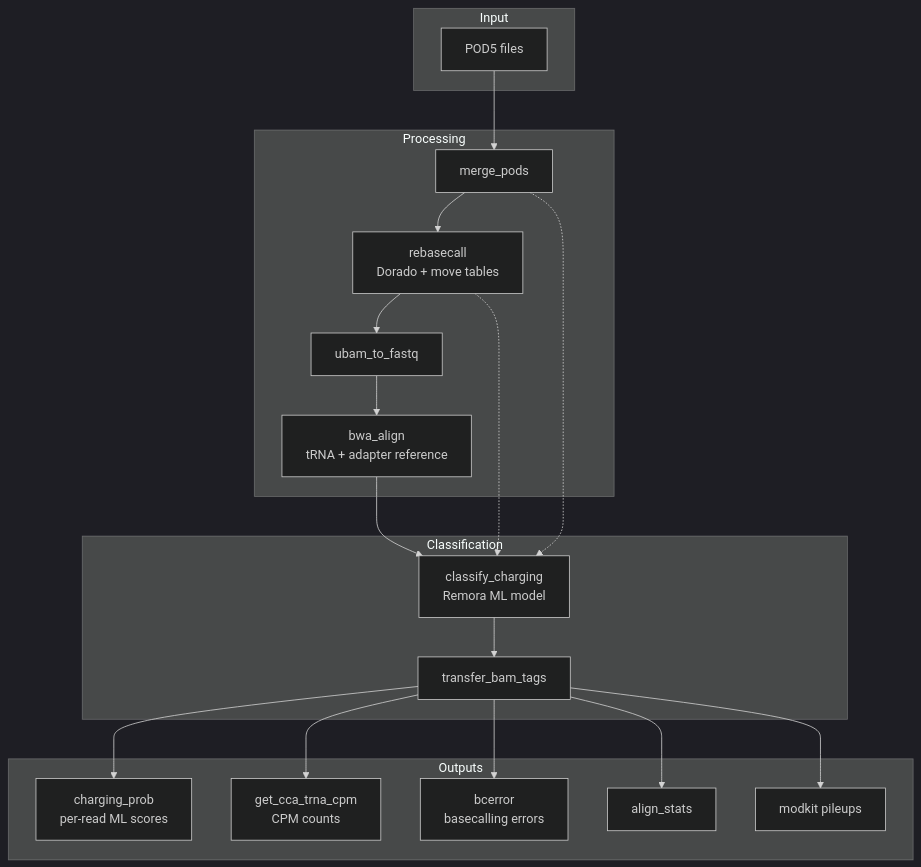
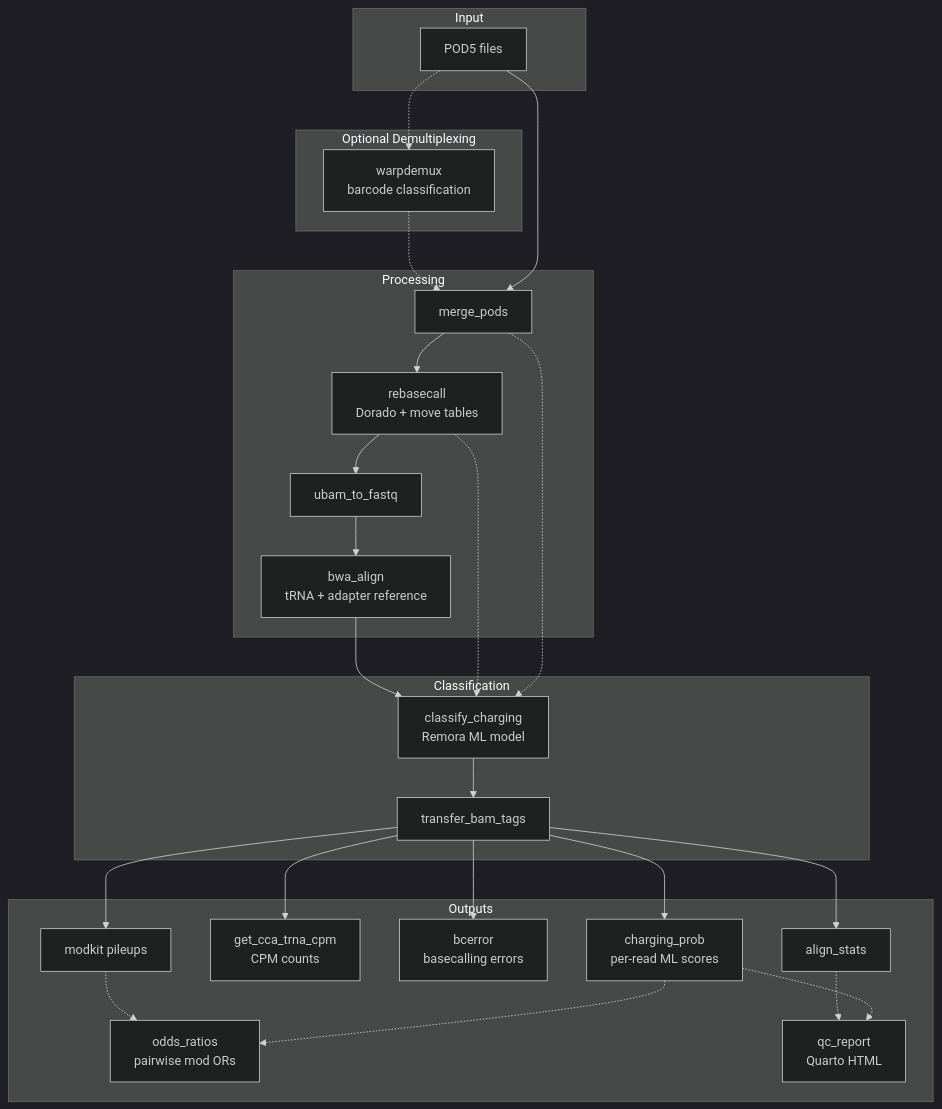
The diagram in docs/index.md (rnabioco/aa-tRNA-seq-pipeline), drawn with Mermaid (dark theme) before and after one commit. The commit also changed 1 other file, not shown here.

Commit message:
docs: sync mermaid pipeline diagrams between README and docs/index
Remove nonexistent filter_reads step from README diagram and add
missing Demux subgraph, odds_ratios, and qc_report nodes to
docs/index.md so both diagrams match.

````diff
--- a/docs/index.md
+++ b/docs/index.md
@@ -12,29 +12,39 @@
 ```mermaid
 flowchart TD
     subgraph Input
         POD5[POD5 files]
+    end
+
+    subgraph Demux [Optional Demultiplexing]
+        W[warpdemux<br/>barcode classification]
     end
 
     subgraph Processing
         A[merge_pods] --> B[rebasecall<br/>Dorado + move tables]
         B --> C[ubam_to_fastq]
         C --> D[bwa_align<br/>tRNA + adapter reference]
     end
 
     subgraph Classification
         D --> F[classify_charging<br/>Remora ML model]
         B -.-> F
         A -.-> F
         F --> G[transfer_bam_tags]
     end
 
     subgraph Outputs
         G --> H[charging_prob<br/>per-read ML scores]
         G --> I[get_cca_trna_cpm<br/>CPM counts]
         G --> J[bcerror<br/>basecalling errors]
         G --> K[align_stats]
         G --> L[modkit pileups]
+        L -.-> M[odds_ratios<br/>pairwise mod ORs]
+        H -.-> M
+        K -.-> N[qc_report<br/>Quarto HTML]
+        H -.-> N
     end
 
+    POD5 -.-> W
+    W -.-> A
     POD5 --> A
 ```
````
